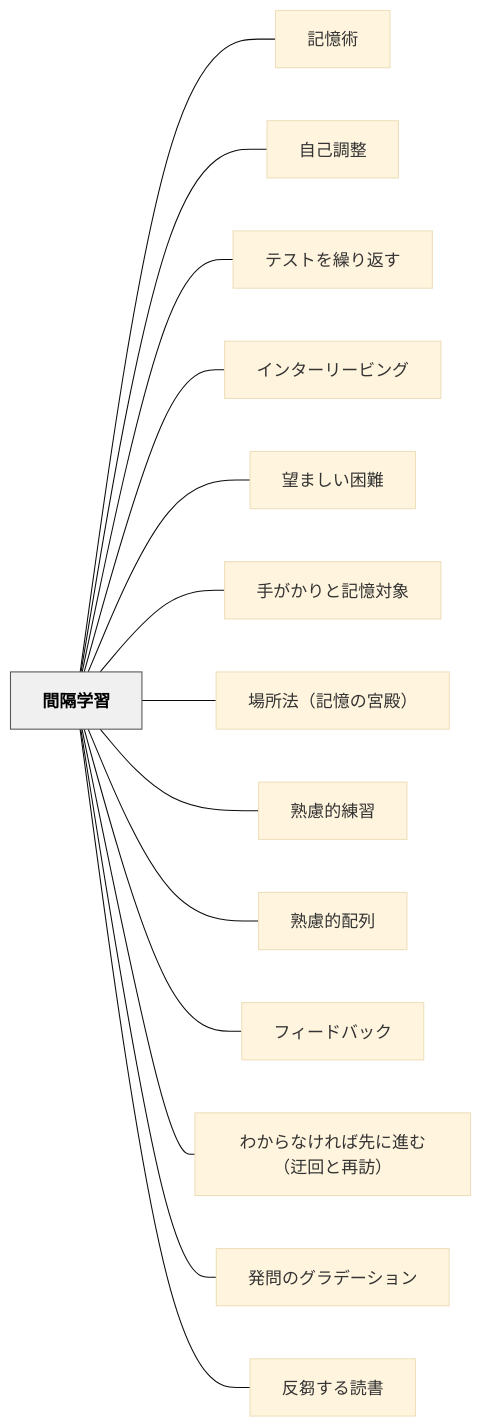
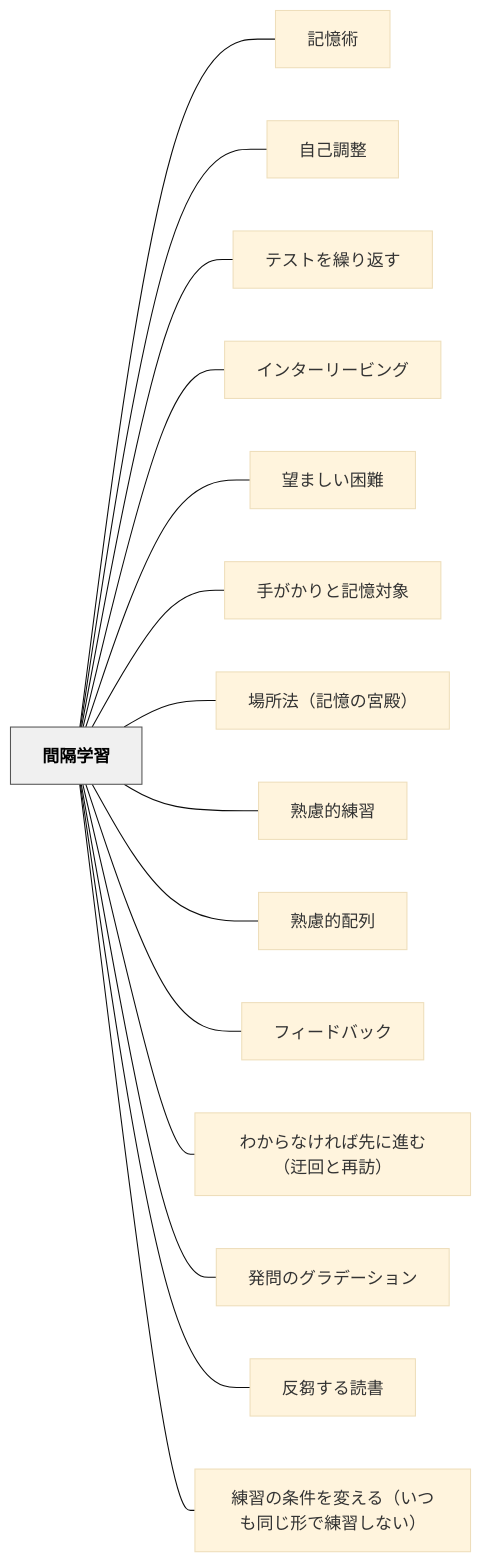
One commit to unknownthings-ed-patterns/unknownthings-ed-patterns changed the diagram in content/パタン/間隔学習.md. Above: the diagram before and after it, drawn with Mermaid (base theme). The commit also changed other lines of this file and 15 other files, not shown here.

````diff
--- a/content/パタン/間隔学習.md
+++ b/content/パタン/間隔学習.md
@@ -177,34 +179,36 @@
 ```mermaid
 flowchart LR
     ne99693e99a94e5ada6e7bf92["間隔学習"]
     ne8a898e686b6e8a193["記憶術"]
     ne887aae5b7b1e8aabfe695b4["自己調整"]
     ne38386e382b9e38388e38292e7b9b0e3828ae8bf94e38199["テストを繰り返す"]
     ne382a4e383b3e382bfe383bce383aae383bce38393e383b3e382b0["インターリービング"]
     ne69c9be381bee38197e38184e59bb0e99ba3["望ましい困難"]
     ne6898be3818ce3818be3828ae381a8e8a898e686b6e5afbee8b1a1["手がかりと記憶対象"]
     ne5a0b4e68980e6b395efbc88e8a898e686b6e381aee5aeaee6aebfefbc89["場所法（記憶の宮殿）"]
     ne7869fe685aee79a84e7b7b4e7bf92["熟慮的練習"]
     ne7869fe685aee79a84e9858de58897["熟慮的配列"]
     ne38395e382a3e383bce38389e38390e38383e382af["フィードバック"]
     ne3828fe3818be38289e381aae38191e3828ce381b0e58588e381abe980b2e38280efbc88e8bf82e59b9ee381a8e5868de8a8aaefbc89["わからなければ先に進む（迂回と再訪）"]
     ne799bae5958fe381aee382b0e383a9e38387e383bce382b7e383a7e383b3["発問のグラデーション"]
     ne58f8de88abbe38199e3828be8aaade69bb8["反芻する読書"]
+    ne7b7b4e7bf92e381aee69da1e4bbb6e38292e5a489e38188e3828befbc88e38184e381a4e38282e5908ce38198e5bda2e381a7e7b7b4e7bf92e38197e381aae38184efbc89["練習の条件を変える（いつも同じ形で練習しない）"]
 
     ne99693e99a94e5ada6e7bf92 --- ne8a898e686b6e8a193
     ne99693e99a94e5ada6e7bf92 --- ne887aae5b7b1e8aabfe695b4
     ne99693e99a94e5ada6e7bf92 --- ne38386e382b9e38388e38292e7b9b0e3828ae8bf94e38199
     ne99693e99a94e5ada6e7bf92 --- ne382a4e383b3e382bfe383bce383aae383bce38393e383b3e382b0
     ne99693e99a94e5ada6e7bf92 --- ne69c9be381bee38197e38184e59bb0e99ba3
     ne99693e99a94e5ada6e7bf92 --- ne6898be3818ce3818be3828ae381a8e8a898e686b6e5afbee8b1a1
     ne99693e99a94e5ada6e7bf92 --- ne5a0b4e68980e6b395efbc88e8a898e686b6e381aee5aeaee6aebfefbc89
     ne99693e99a94e5ada6e7bf92 --- ne7869fe685aee79a84e7b7b4e7bf92
     ne99693e99a94e5ada6e7bf92 --- ne7869fe685aee79a84e9858de58897
     ne99693e99a94e5ada6e7bf92 --- ne38395e382a3e383bce38389e38390e38383e382af
     ne99693e99a94e5ada6e7bf92 --- ne3828fe3818be38289e381aae38191e3828ce381b0e58588e381abe980b2e38280efbc88e8bf82e59b9ee381a8e5868de8a8aaefbc89
     ne99693e99a94e5ada6e7bf92 --- ne799bae5958fe381aee382b0e383a9e38387e383bce382b7e383a7e383b3
     ne99693e99a94e5ada6e7bf92 --- ne58f8de88abbe38199e3828be8aaade69bb8
+    ne99693e99a94e5ada6e7bf92 --- ne7b7b4e7bf92e381aee69da1e4bbb6e38292e5a489e38188e3828befbc88e38184e381a4e38282e5908ce38198e5bda2e381a7e7b7b4e7bf92e38197e381aae38184efbc89
 
     classDef hub fill:#f0f0f0,stroke:#555,color:#000,font-weight:bold
     class ne99693e99a94e5ada6e7bf92 hub
 ```
````
